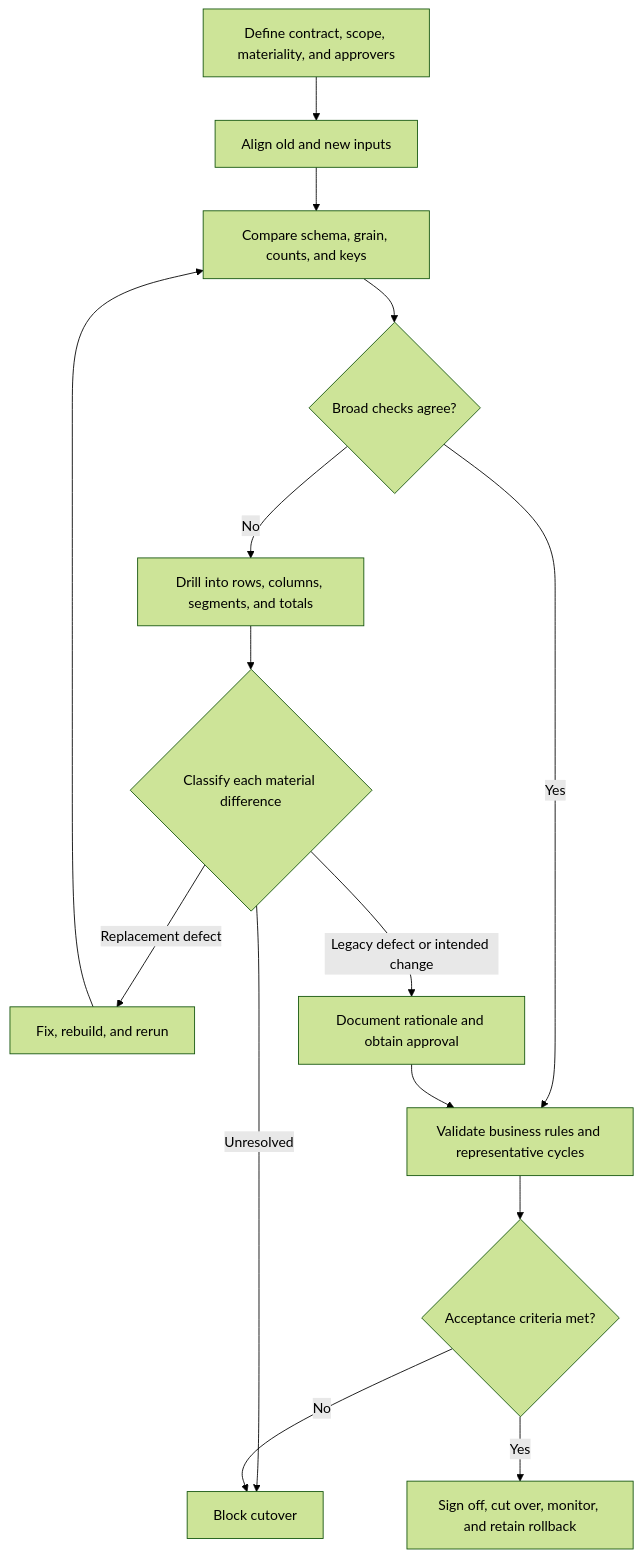
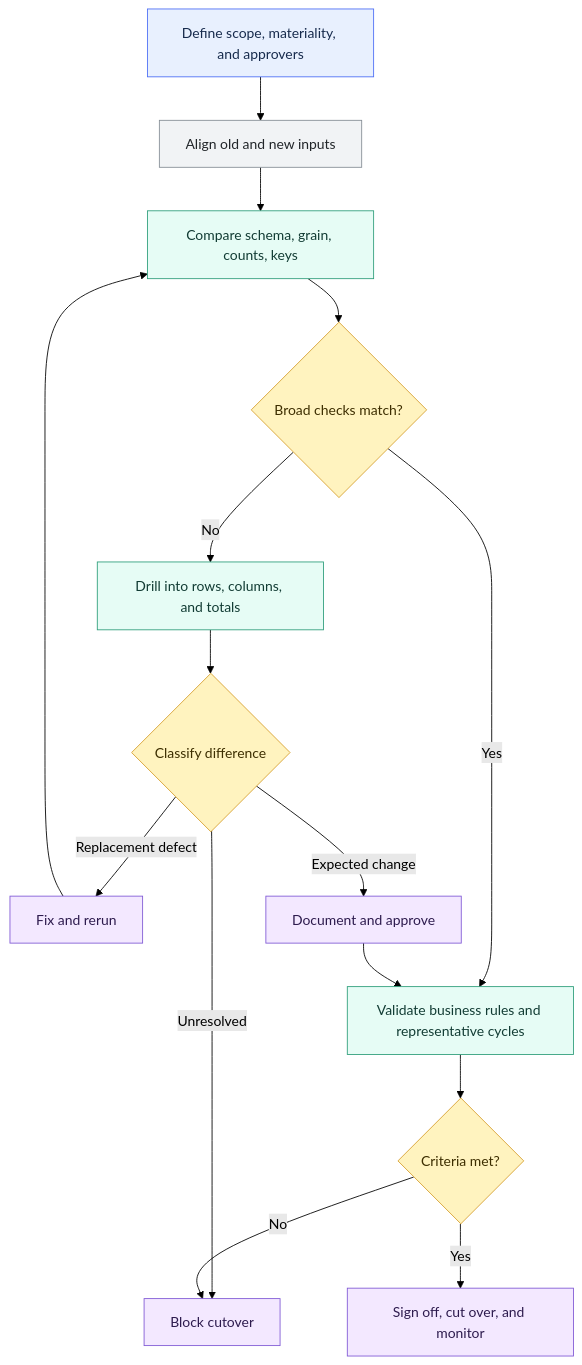
Before and after one commit to shonningsoy/Upskill: the diagram in 02 dbt/03 Testing Documentation and Data Quality/28 Audit and Migration Validation.md, drawn with Mermaid (forest theme). The commit also changed other lines of this file and 31 other files, not shown here.

````diff
--- a/02 dbt/03 Testing Documentation and Data Quality/28 Audit and Migration Validation.md
+++ b/02 dbt/03 Testing Documentation and Data Quality/28 Audit and Migration Validation.md
@@ -82,17 +83,28 @@
 ```mermaid
 flowchart TD
-    A[Define contract, scope, materiality, and approvers] --> B[Align old and new inputs]
-    B --> C[Compare schema, grain, counts, and keys]
-    C --> D{Broad checks agree?}
-    D -->|No| E[Drill into rows, columns, segments, and totals]
+    A[Define scope, materiality, and approvers] --> B[Align old and new inputs]
+    B --> C[Compare schema, grain, counts, keys]
+    C --> D{Broad checks match?}
+    D -->|No| E[Drill into rows, columns, and totals]
     D -->|Yes| F[Validate business rules and representative cycles]
-    E --> G{Classify each material difference}
-    G -->|Replacement defect| H[Fix, rebuild, and rerun]
-    G -->|Legacy defect or intended change| I[Document rationale and obtain approval]
+    E --> G{Classify difference}
+    G -->|Replacement defect| H[Fix and rerun]
+    G -->|Expected change| I[Document and approve]
     G -->|Unresolved| J[Block cutover]
     H --> C
     I --> F
-    F --> K{Acceptance criteria met?}
+    F --> K{Criteria met?}
     K -->|No| J
-    K -->|Yes| L[Sign off, cut over, monitor, and retain rollback]
+    K -->|Yes| L[Sign off, cut over, and monitor]
+
+    class A input
+    class D,G,K control
+    class C,E,F dbt
+    class B platform
+    class H,I,J,L output
+    classDef input fill:#E8F0FE,stroke:#4C6EF5,color:#172B4D
+    classDef control fill:#FFF3BF,stroke:#D69E2E,color:#3D2E00
+    classDef dbt fill:#E6FCF5,stroke:#2F9E7B,color:#123C34
+    classDef platform fill:#F1F3F5,stroke:#868E96,color:#212529
+    classDef output fill:#F3E8FF,stroke:#805AD5,color:#2D1B4E
 ```
````
